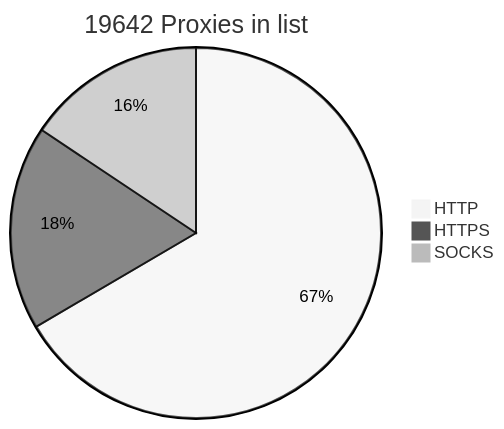
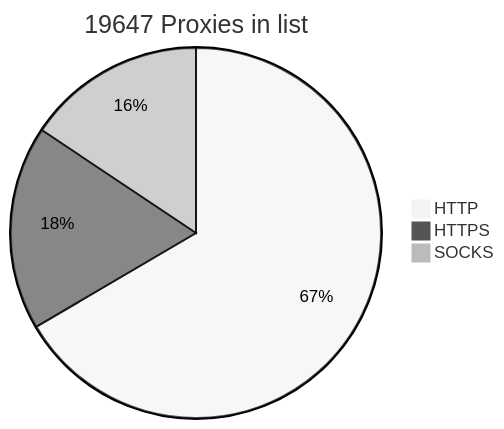
Before and after one commit to BlackSnowDot/proxylist-update-every-minute: the diagram in README.md, drawn with Mermaid (neutral theme).

````diff
--- a/README.md
+++ b/README.md
@@ -2,6 +2,6 @@
 ```mermaid
-pie title 19642 Proxies in list
-    "HTTP" : 14474
-    "HTTPS": 3872
-    "SOCKS" : 3398
+pie title 19647 Proxies in list
+    "HTTP" : 14476
+    "HTTPS": 3877
+    "SOCKS" : 3399
 ```
````
